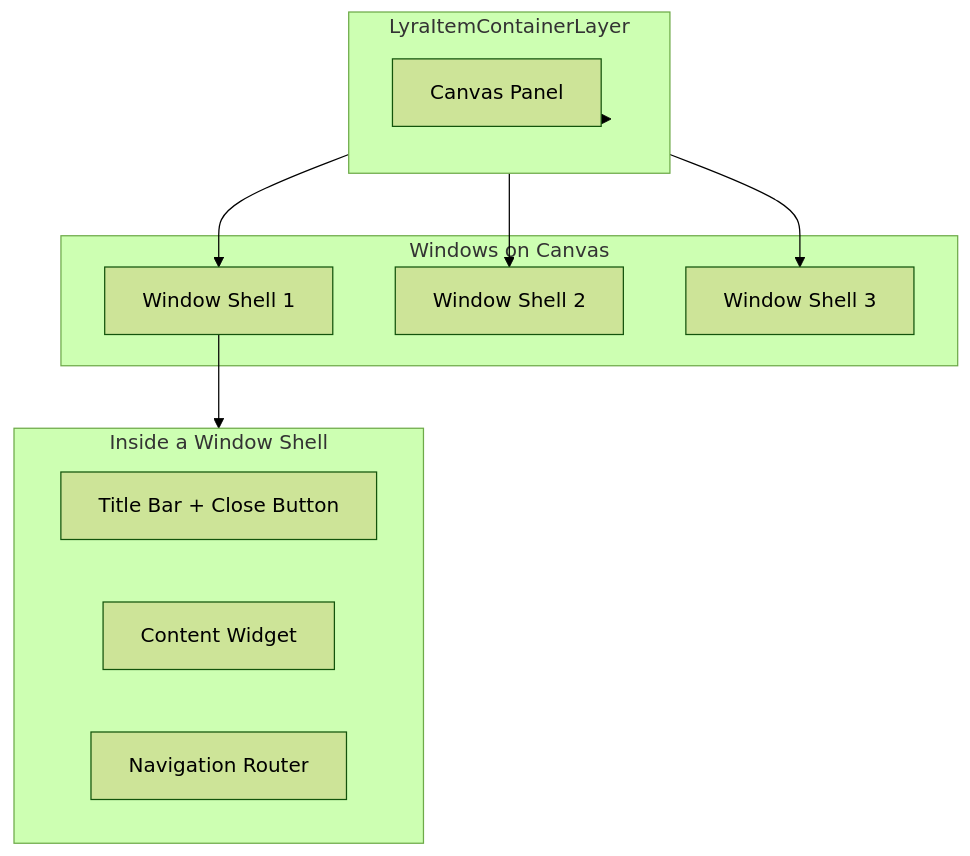
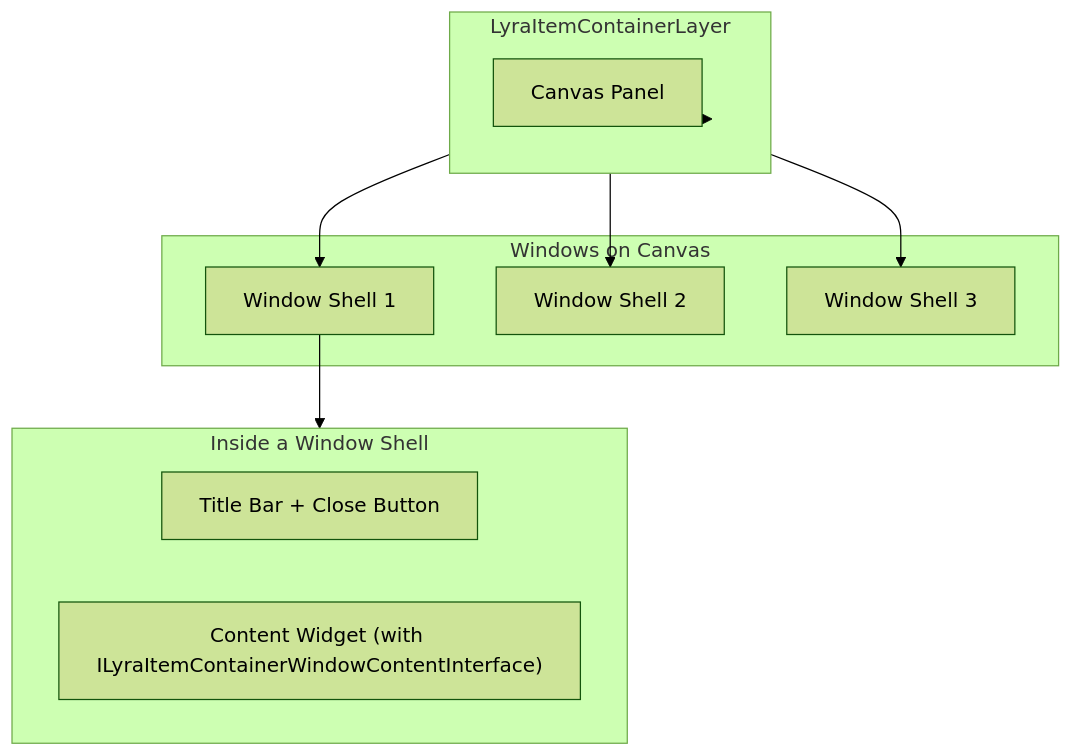
The diagram in outliyr-framework/docs/base-lyra-modified/ui/item-container-ui-system/the-windowing-system/README.md (outliyr/outliyr-docs), drawn with Mermaid (forest theme) before and after one commit. The commit also changed other lines of this file and 183 other files, not shown here.

````diff
--- a/outliyr-framework/docs/base-lyra-modified/ui/item-container-ui-system/the-windowing-system/README.md
+++ b/outliyr-framework/docs/base-lyra-modified/ui/item-container-ui-system/the-windowing-system/README.md
@@ -14,25 +16,24 @@
 ```mermaid
 flowchart TB
     subgraph Layer ["LyraItemContainerLayer"]
         direction TB
         Canvas[Canvas Panel]
     end
 
     subgraph Windows ["Windows on Canvas"]
         W1[Window Shell 1]
         W2[Window Shell 2]
         W3[Window Shell 3]
     end
 
     subgraph Shell ["Inside a Window Shell"]
         Chrome[Title Bar + Close Button]
-        Content[Content Widget]
-        Router[Navigation Router]
+        Content["Content Widget (with ILyraItemContainerWindowContentInterface)"]
     end
 
     Layer --> Canvas
     Canvas --> W1
     Canvas --> W2
     Canvas --> W3
     W1 --> Shell
 ```
````
